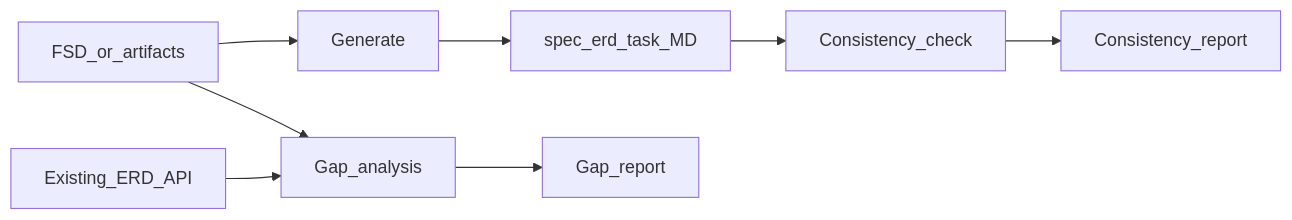
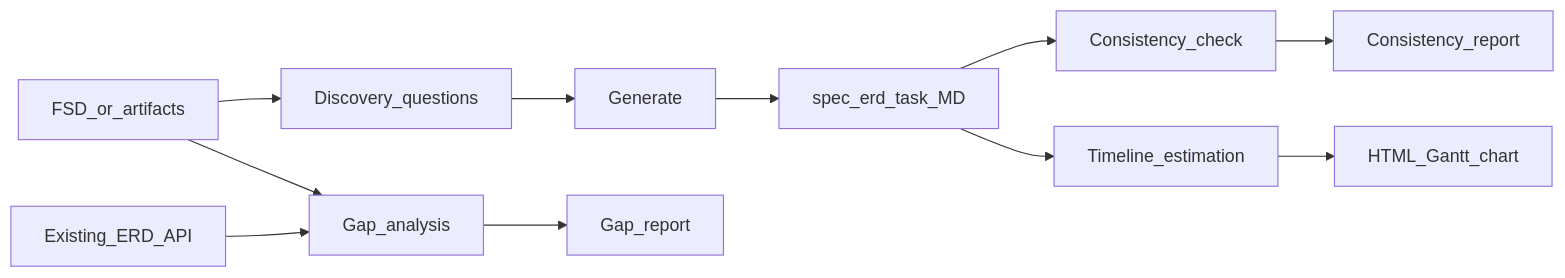
Before and after one commit to rogasper/system-analyst-skill: the diagram in SKILL.md, drawn with Mermaid. The commit also changed other lines of this file and 11 other files, not shown here.

````diff
--- a/SKILL.md
+++ b/SKILL.md
@@ -32,12 +42,15 @@
 ```mermaid
 flowchart LR
   FSD[FSD_or_artifacts]
-  FSD --> GEN[Generate]
+  FSD --> DISC[Discovery_questions]
+  DISC --> GEN[Generate]
   FSD --> GAP[Gap_analysis]
   EXIST[Existing_ERD_API]
   EXIST --> GAP
   GEN --> OUT1[spec_erd_task_MD]
   GAP --> OUT2[Gap_report]
   OUT1 --> CONS[Consistency_check]
   CONS --> OUT3[Consistency_report]
+  OUT1 --> TL[Timeline_estimation]
+  TL --> OUT4[HTML_Gantt_chart]
 ```
````
